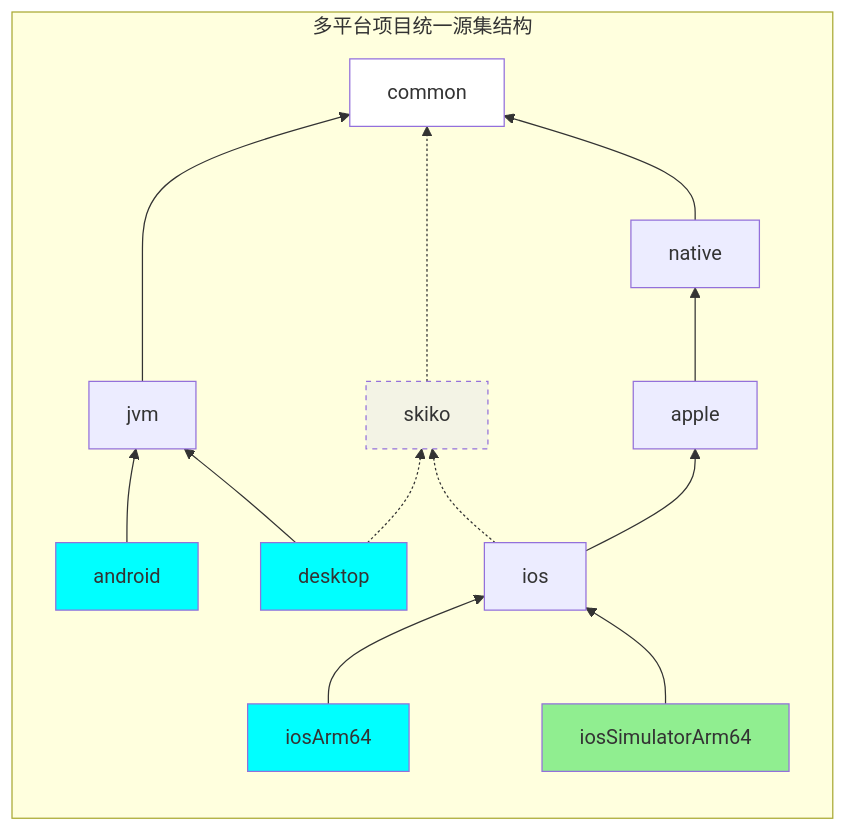
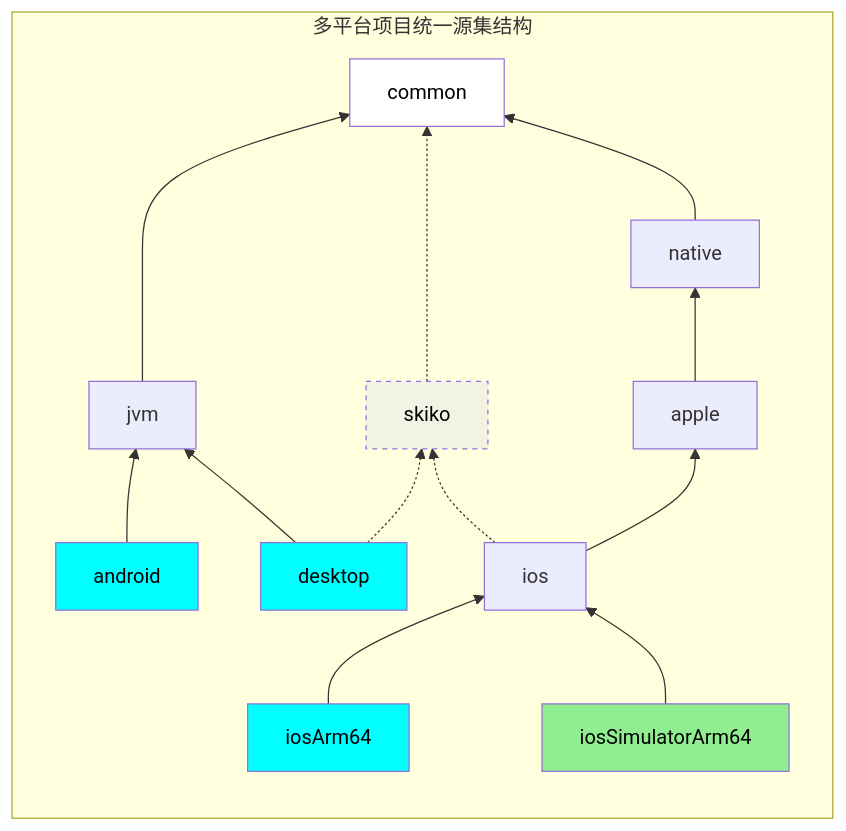
One commit to open-ani/ani changed the first of 2 diagrams in CONTRIBUTING.md. Above: the diagram before and after it, drawn with Mermaid. The commit also changed other lines of this file and 3 other files, not shown here.

````diff
--- a/CONTRIBUTING.md
+++ b/CONTRIBUTING.md
@@ -106,24 +106,24 @@
 ```mermaid
 flowchart TD
     subgraph "多平台项目统一源集结构"
         direction BT
-        style common fill: white
-        style android fill: aqua
-        style desktop fill: aqua
-        style iosArm64 fill: aqua
-        style iosSimulatorArm64 fill: lightgreen
-        style skiko fill: #ECECEBA0, stroke-dasharray: 4 4
+        style common fill: white, color: black
+        style android fill: aqua, color: black
+        style desktop fill: aqua, color: black
+        style iosArm64 fill: aqua, color: black
+        style iosSimulatorArm64 fill: lightgreen, color: black
+        style skiko fill: #ECECEBA0, stroke-dasharray: 4 4, color: black
         jvm ---> common
         android --> jvm
         desktop --> jvm
         skiko .-> common
         desktop .-> skiko
         ios .-> skiko
         native --> common
         apple --> native
         ios --> apple
         iosArm64 --> ios
         iosSimulatorArm64 --> ios
 
     end
 ```
````
